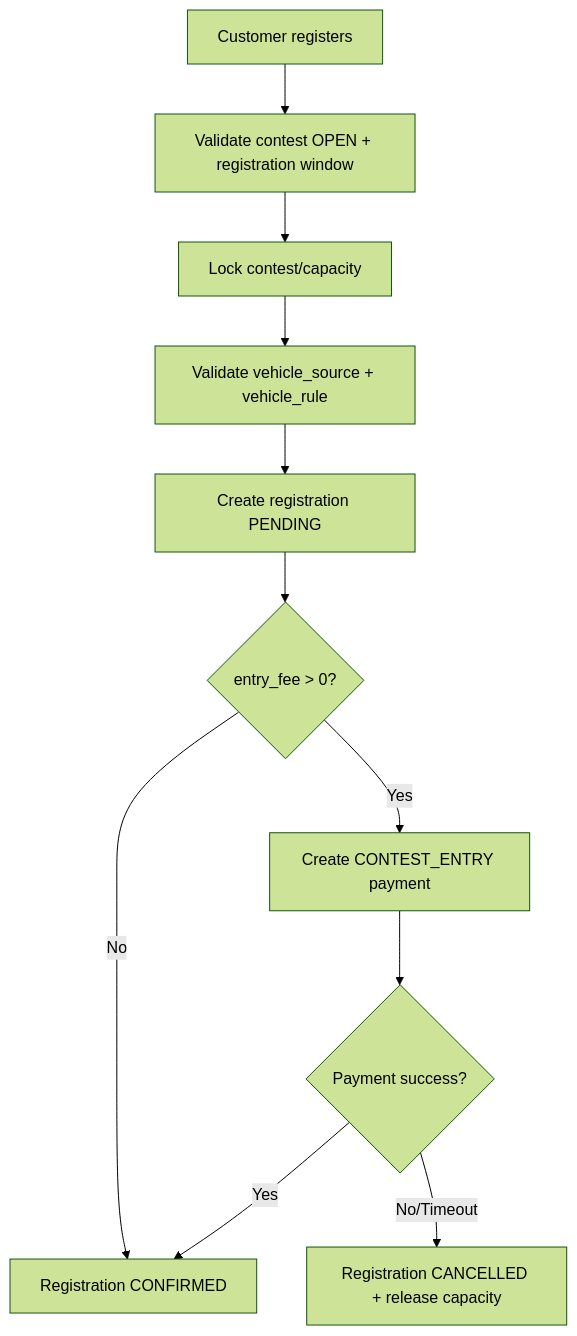
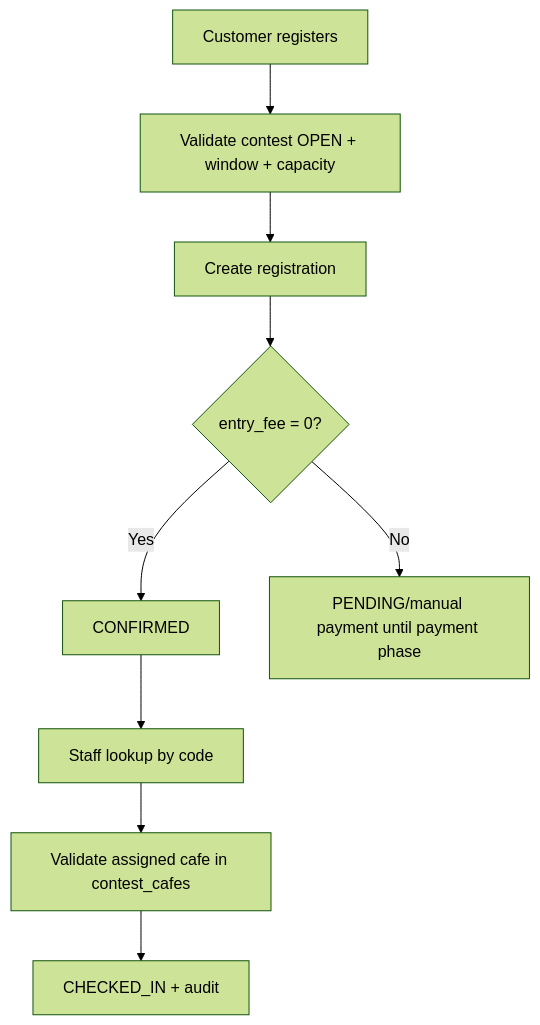
The fourth of 5 diagrams in docs/architecture/03-contest.md (RCField-SEP490/rcfield-spec), drawn with Mermaid (forest theme) before and after one commit. The commit also changed other lines of this file and 8 other files, not shown here.

````diff
--- a/docs/architecture/03-contest.md
+++ b/docs/architecture/03-contest.md
@@ -330,13 +214,11 @@
 ```mermaid
 flowchart TD
-    A[Customer registers] --> B[Validate contest OPEN + registration window]
-    B --> C[Lock contest/capacity]
-    C --> D[Validate vehicle_source + vehicle_rule]
-    D --> E[Create registration PENDING]
-    E --> F{entry_fee > 0?}
-    F -->|No| G[Registration CONFIRMED]
-    F -->|Yes| H[Create CONTEST_ENTRY payment]
-    H --> I{Payment success?}
-    I -->|Yes| G
-    I -->|No/Timeout| J[Registration CANCELLED + release capacity]
+    A[Customer registers] --> B[Validate contest OPEN + window + capacity]
+    B --> C[Create registration]
+    C --> D{entry_fee = 0?}
+    D -->|Yes| E[CONFIRMED]
+    D -->|No| F[PENDING/manual payment until payment phase]
+    E --> G[Staff lookup by code]
+    G --> H[Validate assigned cafe in contest_cafes]
+    H --> I[CHECKED_IN + audit]
 ```
````
